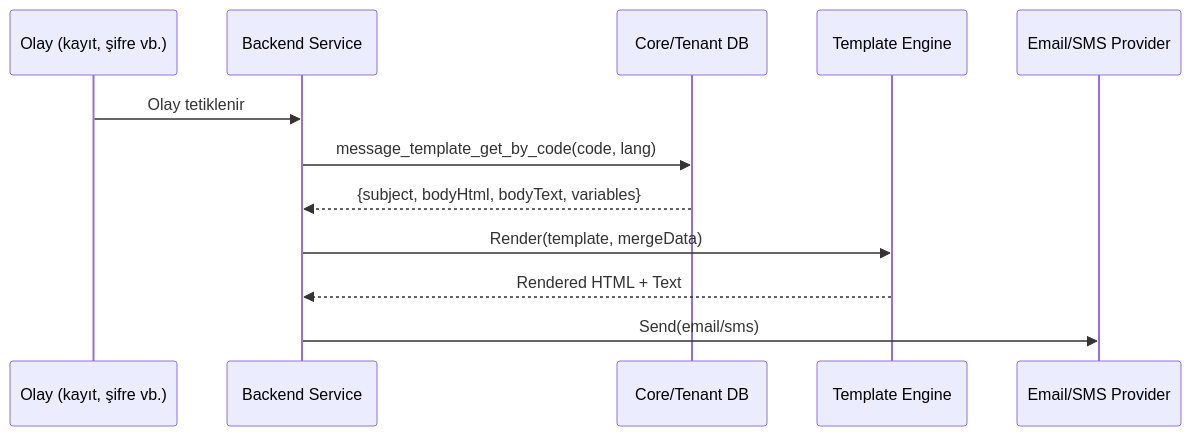
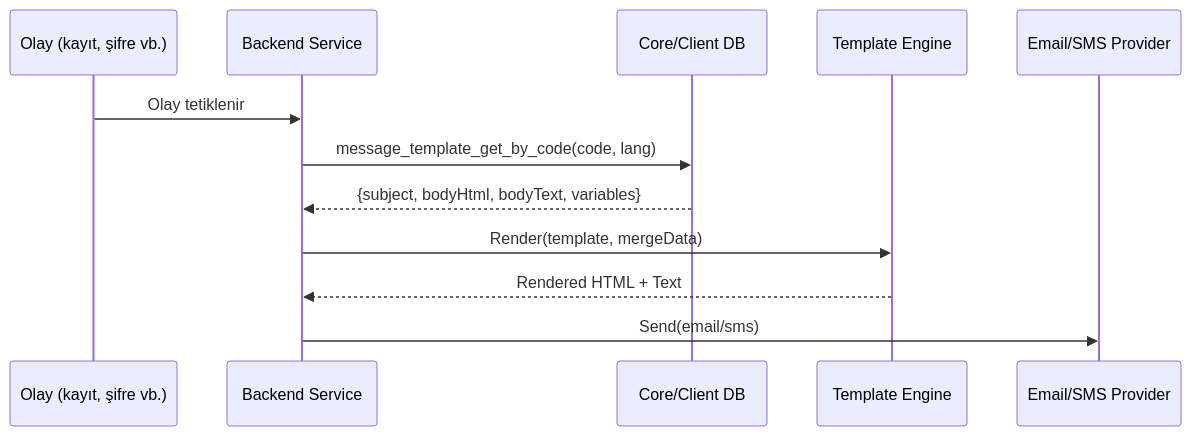
Before and after one commit to frhtshn/One.DB: the third of 3 diagrams in .docs/guides/SPEC_MESSAGE_TEMPLATE.md, drawn with Mermaid. The commit also changed other lines of this file and 442 other files, not shown here.

First line of the commit message:
Nucleo → Sortis One ve tenant → client içerik güncellemeleri

````diff
--- a/.docs/guides/SPEC_MESSAGE_TEMPLATE.md
+++ b/.docs/guides/SPEC_MESSAGE_TEMPLATE.md
@@ -630,15 +630,15 @@
 ```mermaid
 sequenceDiagram
     participant Event as Olay (kayıt, şifre vb.)
     participant Backend as Backend Service
-    participant DB as Core/Tenant DB
+    participant DB as Core/Client DB
     participant Engine as Template Engine
     participant Provider as Email/SMS Provider
 
     Event->>Backend: Olay tetiklenir
     Backend->>DB: message_template_get_by_code(code, lang)
     DB-->>Backend: {subject, bodyHtml, bodyText, variables}
     Backend->>Engine: Render(template, mergeData)
     Engine-->>Backend: Rendered HTML + Text
     Backend->>Provider: Send(email/sms)
 ```
````
